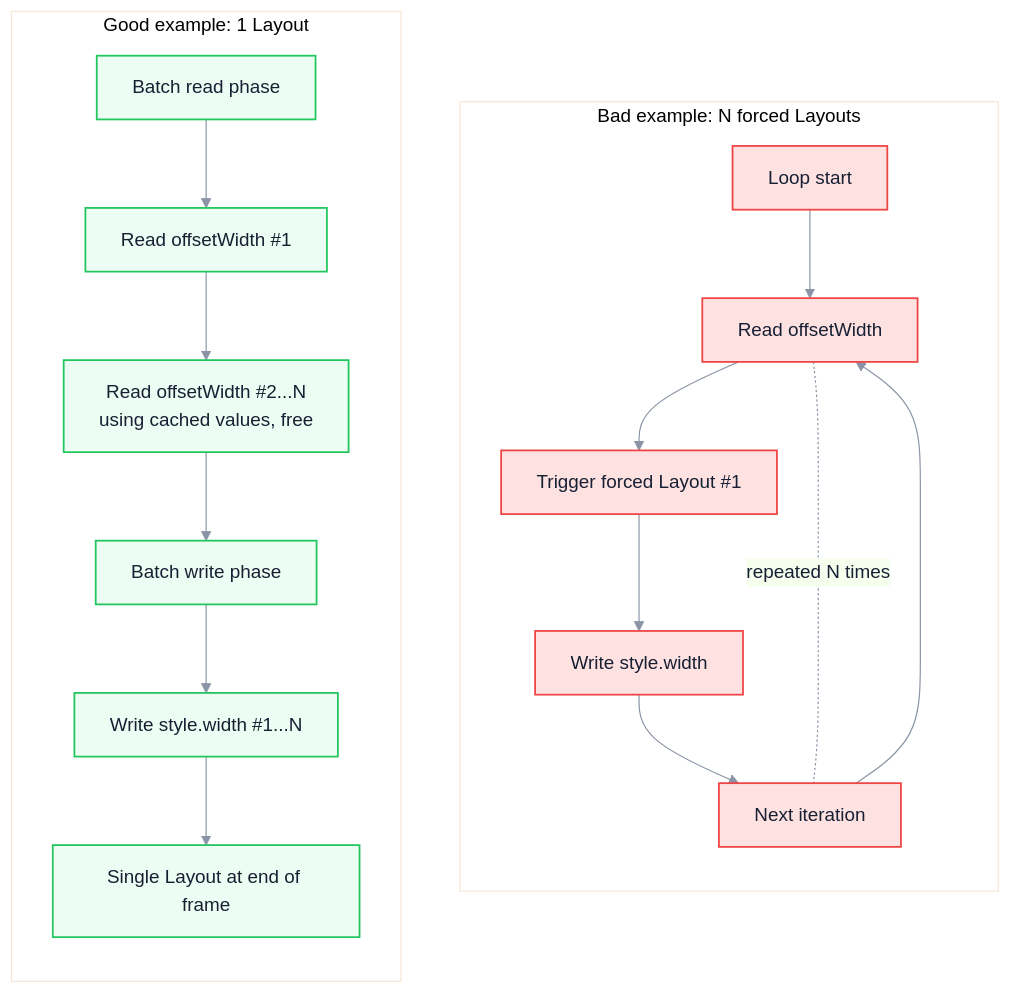
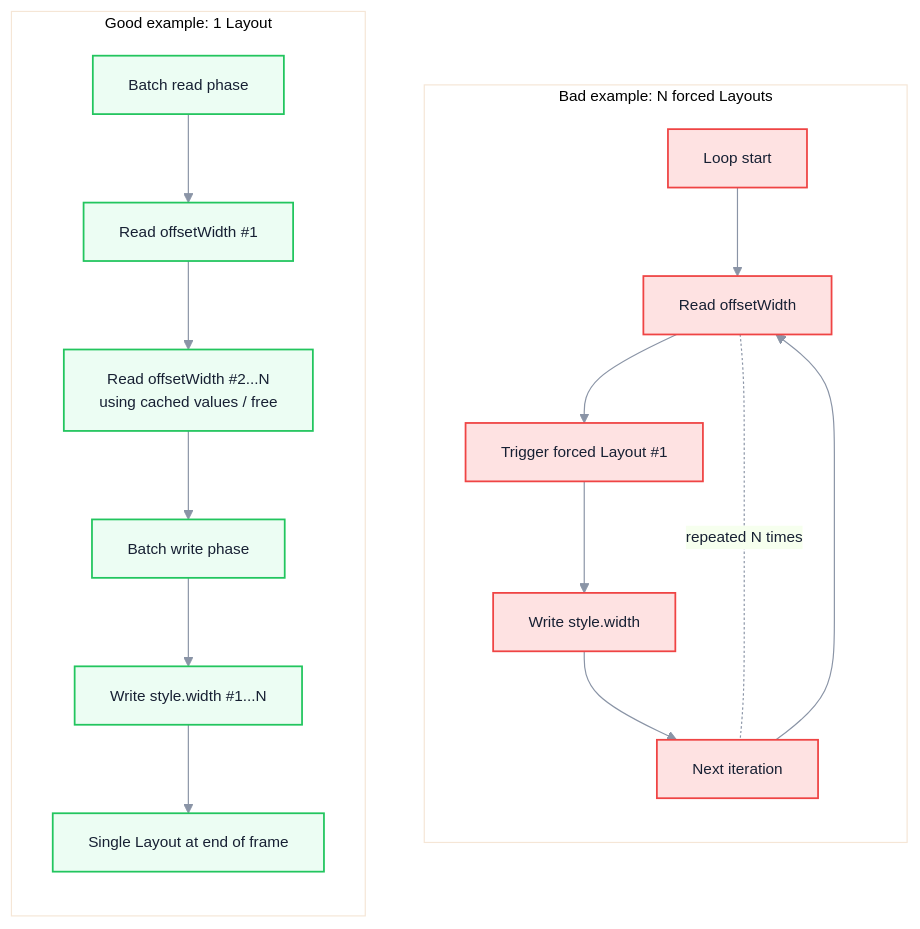
Before and after one commit to Fatejian/frontier-vault: the second of 2 diagrams in docs/en/browser/layout-thrashing.md, drawn with Mermaid. The commit also changed other lines of this file and 37 other files, not shown here.

````diff
--- a/docs/en/browser/layout-thrashing.md
+++ b/docs/en/browser/layout-thrashing.md
@@ -225,28 +225,28 @@
 ```mermaid
-%%{init: {'theme': 'base', 'themeVariables': { 'fontFamily': 'Inter, -apple-system, BlinkMacSystemFont, sans-serif', 'primaryColor': '#EEF6FF', 'primaryTextColor': '#172033', 'primaryBorderColor': '#6EA8FE', 'lineColor': '#8A94A6'}}}%%
+%%{init: {'theme': 'base', 'themeVariables': { 'fontFamily': 'Inter, -apple-system, BlinkMacSystemFont, sans-serif', 'primaryColor': '#EEF6FF', 'fontSize': '13px', 'primaryTextColor': '#172033', 'primaryBorderColor': '#6EA8FE', 'lineColor': '#8A94A6'}}}%%
 flowchart TB
     subgraph Bad["Bad example: N forced Layouts"]
         direction TB
         B1[Loop start] --> B2[Read offsetWidth]
         B2 --> B3[Trigger forced Layout #1]
         B3 --> B4[Write style.width]
         B4 --> B5[Next iteration]
         B5 --> B2
         B2 -. repeated N times .- B5
     end
 
     subgraph Good["Good example: 1 Layout"]
         direction TB
         G1[Batch read phase] --> G2[Read offsetWidth #1]
-        G2 --> G3["Read offsetWidth #2...N<br/>using cached values, free"]
+        G2 --> G3["Read offsetWidth #2...N<br/>using cached values / free"]
         G3 --> G4[Batch write phase]
         G4 --> G5[Write style.width #1...N]
         G5 --> G6[Single Layout at end of frame]
     end
 
     classDef bad fill:#FEE2E2,stroke:#EF4444,color:#172033,stroke-width:1.5px;
     classDef good fill:#ECFDF3,stroke:#22C55E,color:#172033,stroke-width:1.5px;
 
     class B1,B2,B3,B4,B5 bad;
     class G1,G2,G3,G4,G5,G6 good;
 ```
````
